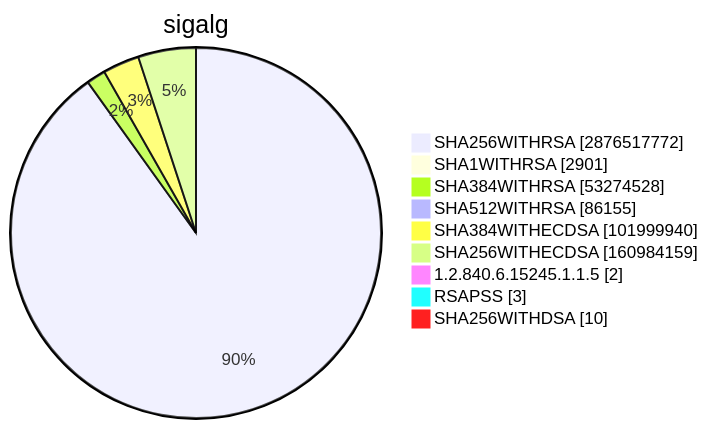
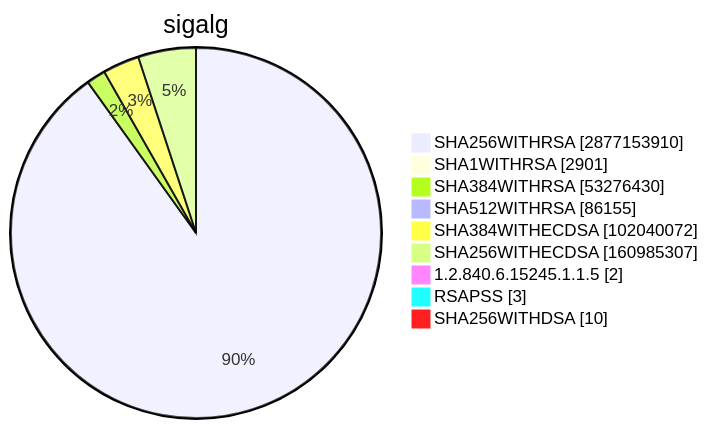
Before and after one commit to christiankrug/ctmonitor_visualization: diagram 15 of 15 in TOTAL/README.md, drawn with Mermaid. The commit also changed other lines of this file, not shown here.

````diff
--- a/TOTAL/README.md
+++ b/TOTAL/README.md
@@ -6207,13 +6207,13 @@
 ```mermaid
 pie showData
 title sigalg
-"SHA256WITHRSA" :2876517772
+"SHA256WITHRSA" :2877153910
 "SHA1WITHRSA" :2901
-"SHA384WITHRSA" :53274528
+"SHA384WITHRSA" :53276430
 "SHA512WITHRSA" :86155
-"SHA384WITHECDSA" :101999940
-"SHA256WITHECDSA" :160984159
+"SHA384WITHECDSA" :102040072
+"SHA256WITHECDSA" :160985307
 "1.2.840.6.15245.1.1.5" :2
 "RSAPSS" :3
 "SHA256WITHDSA" :10
 ```
````
